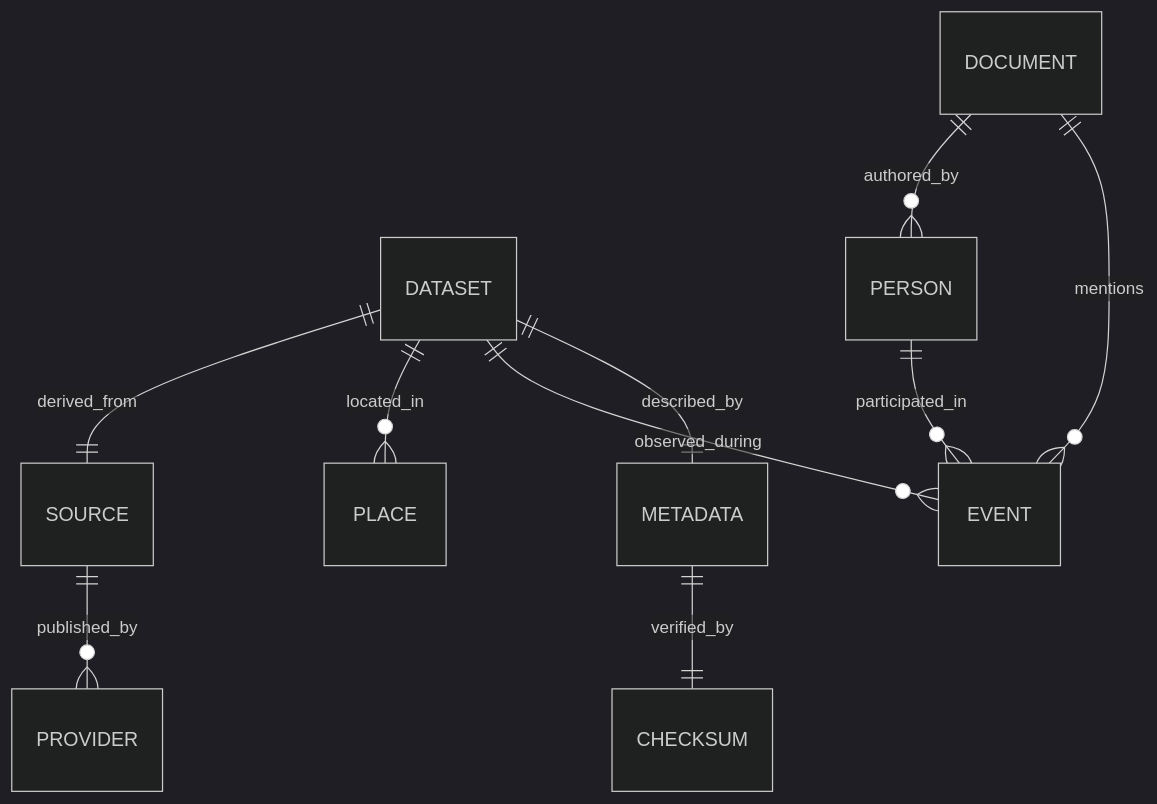
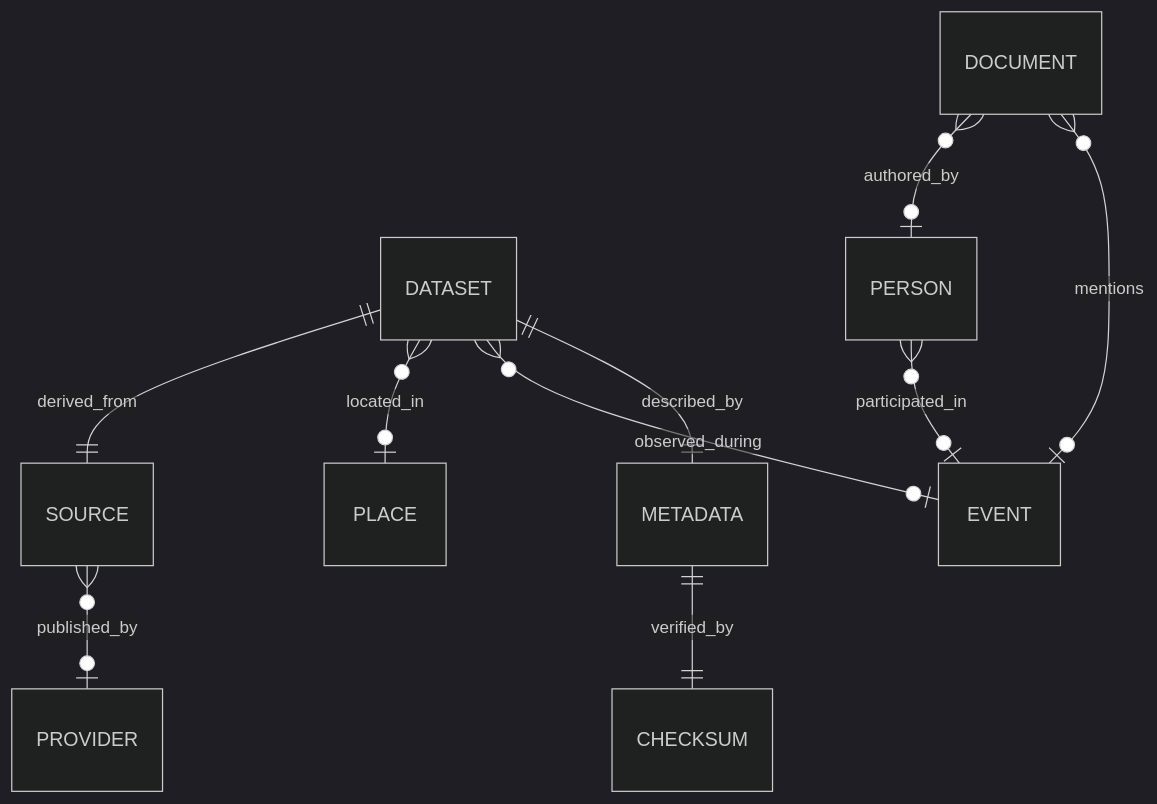
Before and after one commit to bartytime4life/Kansas-Frontier-Matrix: the second of 2 diagrams in docs/architecture/knowledge-graph.md, drawn with Mermaid (dark theme). The commit also changed other lines of this file, not shown here.

````diff
--- a/docs/architecture/knowledge-graph.md
+++ b/docs/architecture/knowledge-graph.md
@@ -106,12 +123,12 @@
 ```mermaid
 erDiagram
   DATASET ||--|| METADATA : "described_by"
-  DATASET ||--o{ EVENT : "observed_during"
-  DATASET ||--o{ PLACE : "located_in"
-  DOCUMENT ||--o{ EVENT : "mentions"
-  PERSON ||--o{ EVENT : "participated_in"
-  DOCUMENT ||--o{ PERSON : "authored_by"
+  DATASET }o--o| EVENT : "observed_during"
+  DATASET }o--o| PLACE : "located_in"
+  DOCUMENT }o--o| EVENT : "mentions"
+  PERSON }o--o| EVENT : "participated_in"
+  DOCUMENT }o--o| PERSON : "authored_by"
   DATASET ||--|| SOURCE : "derived_from"
-  SOURCE ||--o{ PROVIDER : "published_by"
+  SOURCE }o--o| PROVIDER : "published_by"
   METADATA ||--|| CHECKSUM : "verified_by"
 ```
````
